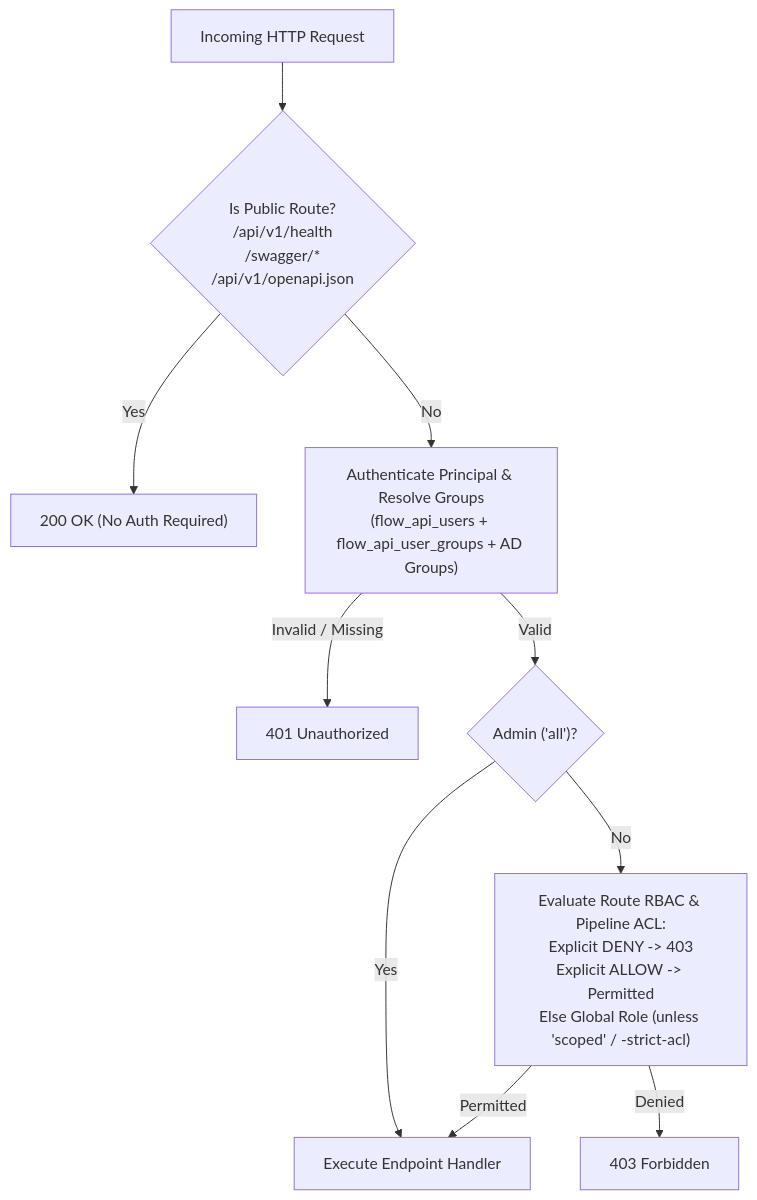
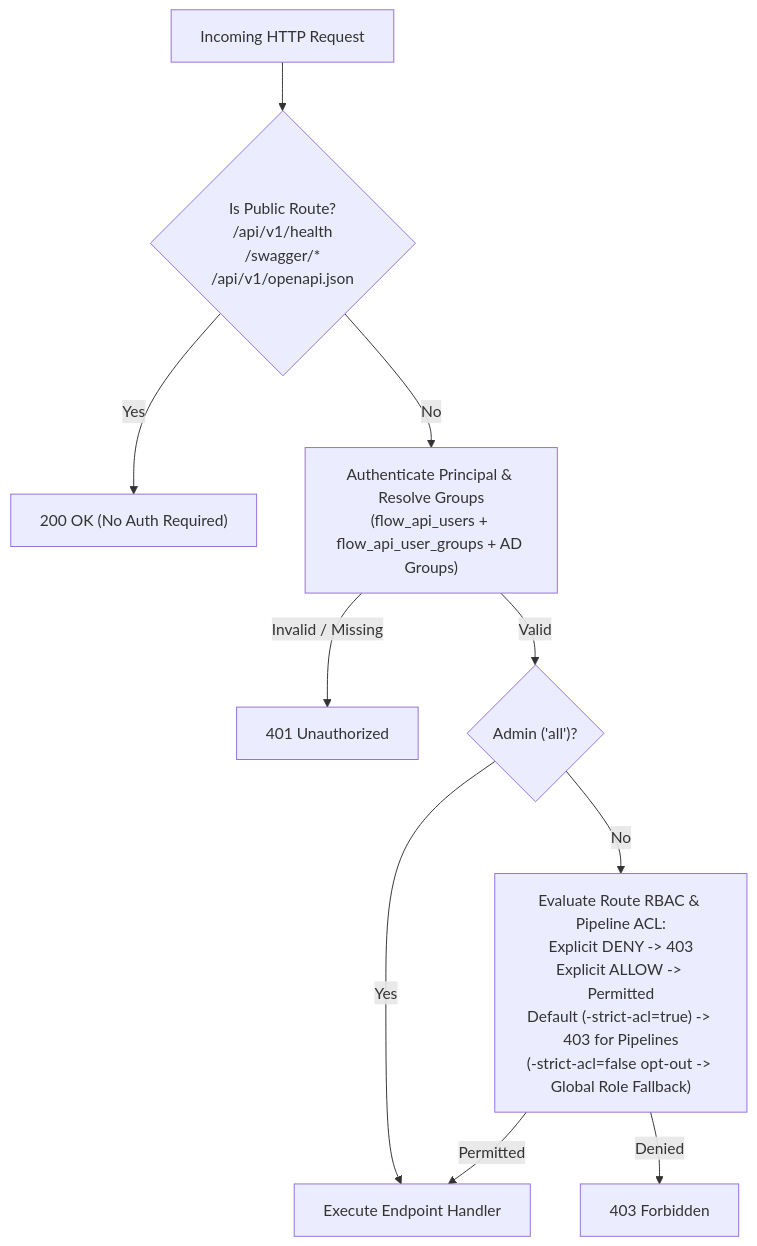
Before and after one commit to etl-madness/go-flowAPI: the fifth of 6 diagrams in docs/index.md, drawn with Mermaid. The commit also changed other lines of this file and 16 other files, not shown here.

````diff
--- a/docs/index.md
+++ b/docs/index.md
@@ -255,12 +257,12 @@
 ```mermaid
 flowchart TD
     Req["Incoming HTTP Request"] --> Public{"Is Public Route?\n/api/v1/health\n/swagger/*\n/api/v1/openapi.json"}
     Public -- "Yes" --> Allow["200 OK (No Auth Required)"]
     Public -- "No" --> Basic["Authenticate Principal & Resolve Groups\n(flow_api_users + flow_api_user_groups + AD Groups)"]
     Basic -- "Invalid / Missing" --> Deny401["401 Unauthorized"]
     Basic -- "Valid" --> AdminCheck{"Admin ('all')?"}
     AdminCheck -- "Yes" --> Handler["Execute Endpoint Handler"]
-    AdminCheck -- "No" --> EvalPerm["Evaluate Route RBAC & Pipeline ACL:\nExplicit DENY -> 403\nExplicit ALLOW -> Permitted\nElse Global Role (unless 'scoped' / -strict-acl)"]
+    AdminCheck -- "No" --> EvalPerm["Evaluate Route RBAC & Pipeline ACL:\nExplicit DENY -> 403\nExplicit ALLOW -> Permitted\nDefault (-strict-acl=true) -> 403 for Pipelines\n(-strict-acl=false opt-out -> Global Role Fallback)"]
     EvalPerm -- "Permitted" --> Handler
     EvalPerm -- "Denied" --> Deny403["403 Forbidden"]
 ```
````
